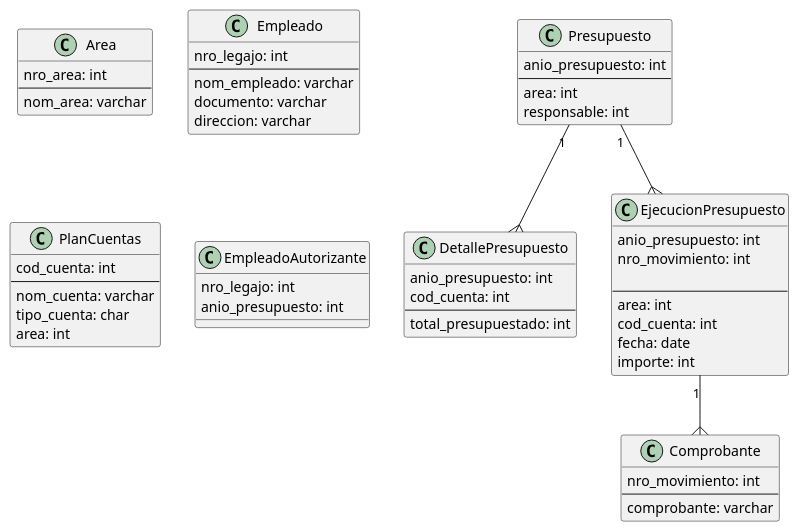
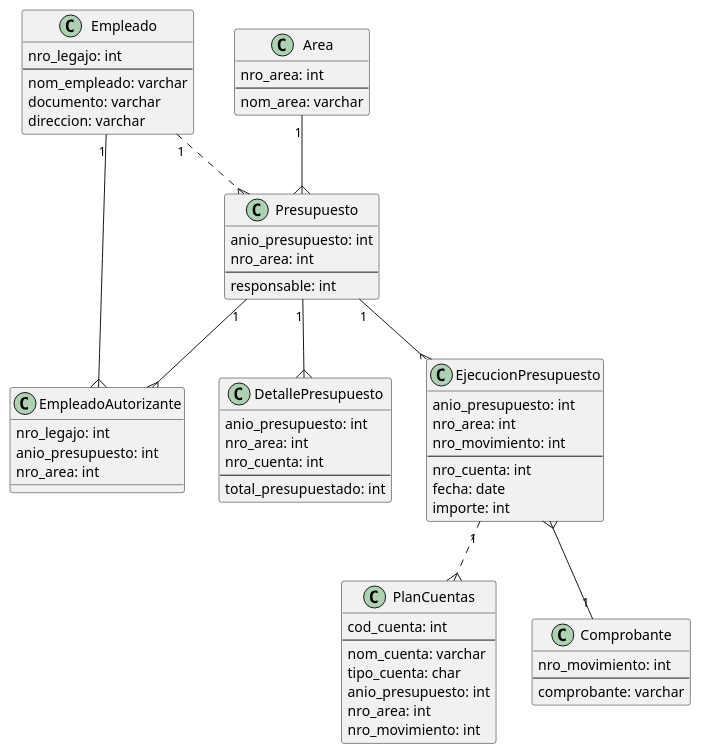
Before and after one commit to JesusOliveto/SBD2024: the diagram in practica/ej18/ej18.puml, drawn with PlantUML. The commit also changed other lines of this file and 5 other files, not shown here.

```diff
--- a/practica/ej18/ej18.puml
+++ b/practica/ej18/ej18.puml
@@ -52,70 +57,83 @@
 @startuml
 
 class Area {
     nro_area: int
     --
     nom_area: varchar
 }
 
 class Empleado {
     nro_legajo: int
     --
     nom_empleado: varchar
     documento: varchar
     direccion: varchar
 }
 
-class PlanCuentas {
-    cod_cuenta: int
-    --
-    nom_cuenta: varchar
-    tipo_cuenta: char
-    area: int
-}
-
 
 class Presupuesto {
     anio_presupuesto: int
+    nro_area: int
     --
-    area: int
     responsable: int
 }
+
 
 class EmpleadoAutorizante {
     nro_legajo: int
     anio_presupuesto: int
+    nro_area: int
 }
+
+
 
 class DetallePresupuesto {
     anio_presupuesto: int
-    cod_cuenta: int
+    nro_area: int
+    nro_cuenta: int
     --
     total_presupuestado: int
 }
 
 
 class EjecucionPresupuesto {
     anio_presupuesto: int
+    nro_area: int
     nro_movimiento: int
-
     --
-    area: int
-    cod_cuenta: int
+    nro_cuenta: int
     fecha: date
     importe: int
 }
+
+class PlanCuentas {
+    cod_cuenta: int
+    --
+    nom_cuenta: varchar
+    tipo_cuenta: char
+    anio_presupuesto: int
+    nro_area: int
+    nro_movimiento: int
+}
+
 
 class Comprobante {
     nro_movimiento: int
     --
     comprobante: varchar
 }
 
 'relationships
 
-Presupuesto "1"--{ EjecucionPresupuesto
-EjecucionPresupuesto "1"--{ Comprobante
-Presupuesto "1"--{ DetallePresupuesto
+ Presupuesto "1"--{ EjecucionPresupuesto
+ EjecucionPresupuesto }--"1" Comprobante
+ Presupuesto "1"--{ DetallePresupuesto
+ Presupuesto "1"--{ EmpleadoAutorizante
+ Empleado "1"--{ EmpleadoAutorizante
+ Area "1"--{ Presupuesto
+ EjecucionPresupuesto "1"..{ PlanCuentas
+ Empleado "1" ..{Presupuesto
 
 
-@enduml
+
+ @enduml
```
